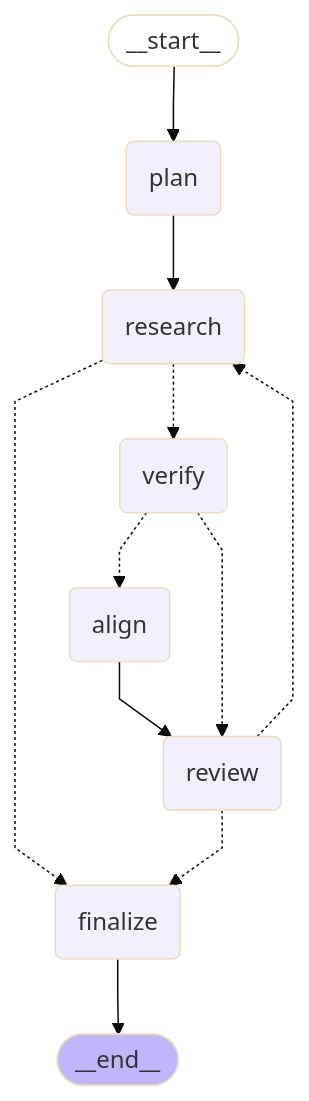
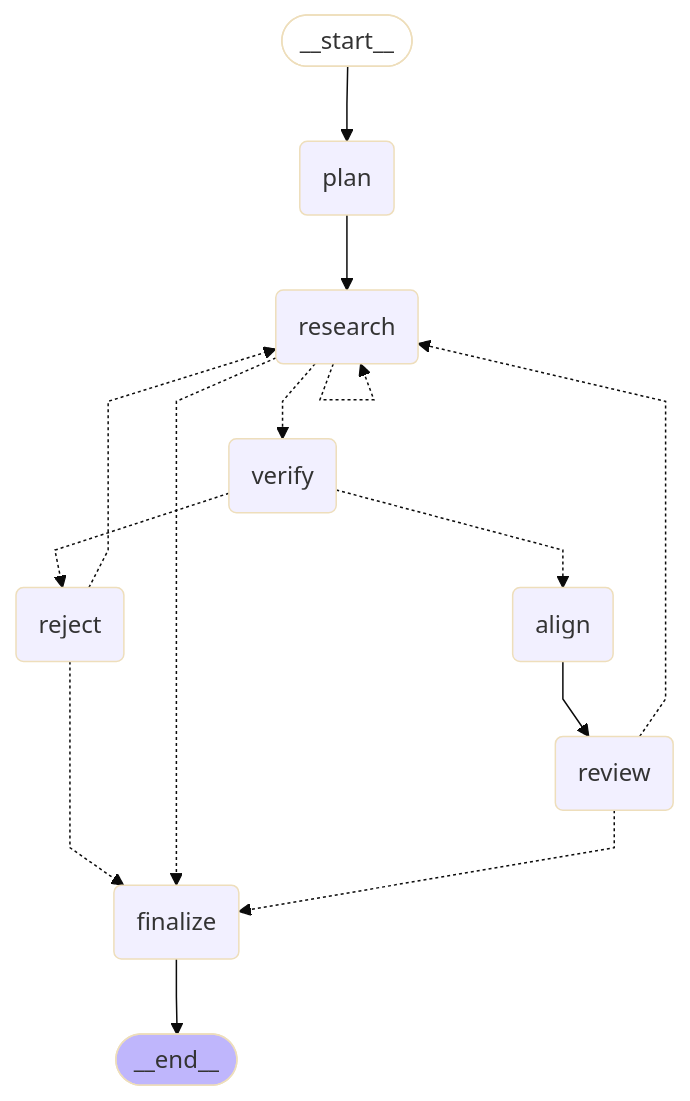
Before and after one commit to edgarcoates/agentic-job-matcher: the diagram in runs/practice-example/report.md, drawn with Mermaid (base theme). The commit also changed other lines of this file and 38 other files, not shown here.

````diff
--- a/runs/practice-example/report.md
+++ b/runs/practice-example/report.md
@@ -54,29 +71,33 @@
 ```mermaid
 ---
 config:
   flowchart:
     curve: linear
 ---
 graph TD;
 	__start__([<p>__start__</p>]):::first
 	plan(plan)
 	research(research)
 	verify(verify)
 	align(align)
 	review(review)
+	reject(reject)
 	finalize(finalize)
 	__end__([<p>__end__</p>]):::last
 	__start__ --> plan;
 	align --> review;
 	plan --> research;
+	reject -.-> finalize;
+	reject -.-> research;
 	research -.-> finalize;
 	research -.-> verify;
 	review -.-> finalize;
 	review -.-> research;
 	verify -.-> align;
-	verify -.-> review;
+	verify -.-> reject;
 	finalize --> __end__;
+	research -.-> research;
 	classDef default fill:#f2f0ff,line-height:1.2
 	classDef first fill-opacity:0
 	classDef last fill:#bfb6fc
 ```
````
